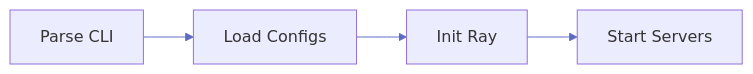
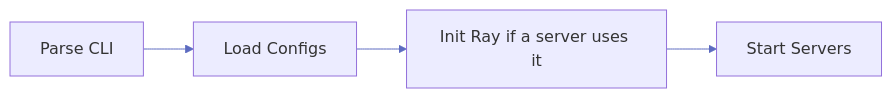
The first of 4 diagrams in fern/versions/latest/pages/infrastructure/engineering-notes/system-design.mdx (NVIDIA-NeMo/Gym), drawn with Mermaid before and after one commit. The commit also changed 6 other files, not shown here.

First line of the commit message:
docs: explain why Gym runs separate servers and when it uses Ray

````diff
--- a/fern/versions/latest/pages/infrastructure/engineering-notes/system-design.mdx
+++ b/fern/versions/latest/pages/infrastructure/engineering-notes/system-design.mdx
@@ -13,7 +13,7 @@
 ```mermaid
 %%{init: {'theme': 'default', 'themeVariables': { 'lineColor': '#5c6bc0', 'primaryTextColor': '#333', 'primaryColor': '#e3f2fd', 'secondaryColor': '#f5f5f5'}}}%%
 flowchart LR
     A[Parse CLI] --> B[Load Configs]
-    B --> C[Init Ray]
+    B --> C[Init Ray if a server uses it]
     C --> D[Start Servers]
 ```
````
